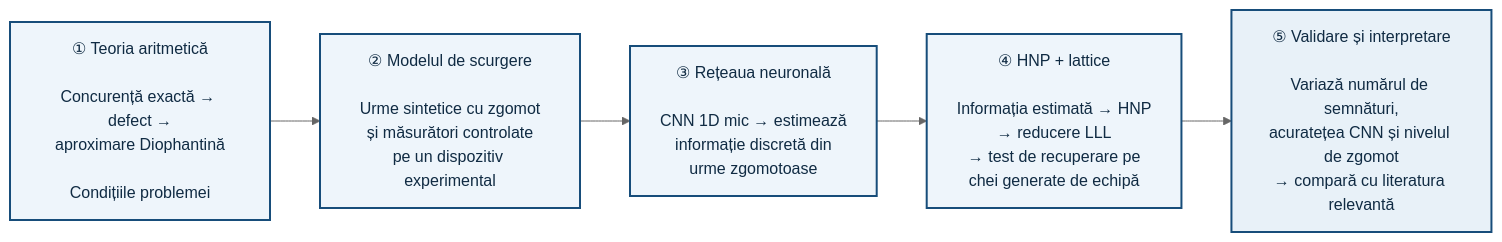
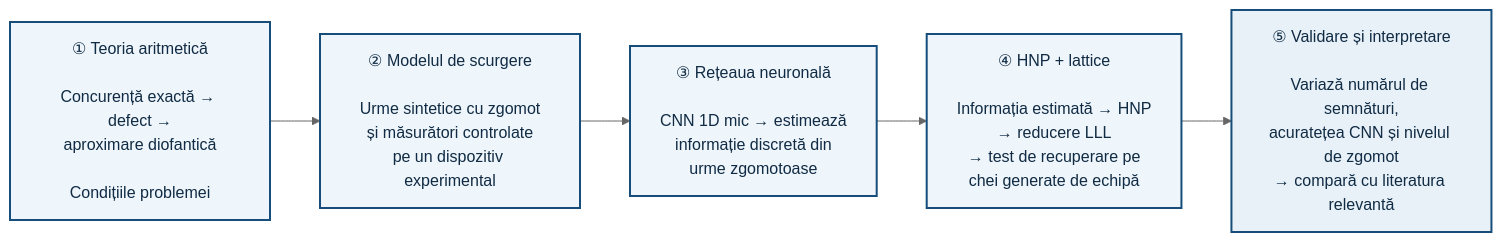
The diagram in README.md (Vendetaaaa/RoSEF26-27), drawn with Mermaid (neutral theme) before and after one commit. The commit also changed other lines of this file, not shown here.

````diff
--- a/README.md
+++ b/README.md
@@ -41,14 +43,14 @@
 ```mermaid
 flowchart LR
-    A["① Teoria aritmetică<br/><br/>Concurență exactă → defect →<br/>aproximare Diophantină<br/><br/>Condițiile problemei"]
+    A["① Teoria aritmetică<br/><br/>Concurență exactă → defect →<br/>aproximare diofantică<br/><br/>Condițiile problemei"]
     --> B["② Modelul de scurgere<br/><br/>Urme sintetice cu zgomot<br/>și măsurători controlate<br/>pe un dispozitiv experimental"]
     --> C["③ Rețeaua neuronală<br/><br/>CNN 1D mic → estimează<br/>informație discretă din<br/>urme zgomotoase"]
     --> D["④ HNP + lattice<br/><br/>Informația estimată → HNP<br/>→ reducere LLL<br/>→ test de recuperare pe<br/>chei generate de echipă"]
     --> E["⑤ Validare și interpretare<br/><br/>Variază numărul de semnături,<br/>acuratețea CNN și nivelul de zgomot<br/>→ compară cu literatura relevantă"]
 
     classDef step fill:#eef5fb,stroke:#174d7a,stroke-width:2px,color:#102b43;
     classDef final fill:#e8f1f8,stroke:#174d7a,stroke-width:2px,color:#102b43;
 
     class A,B,C,D step;
     class E final;
 ```
````
